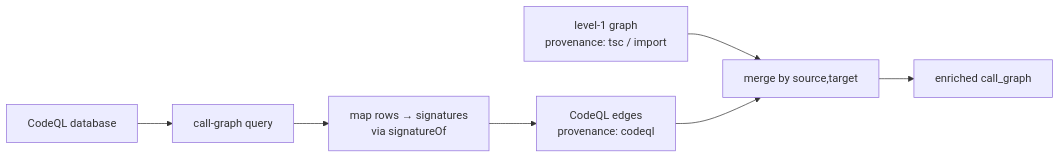
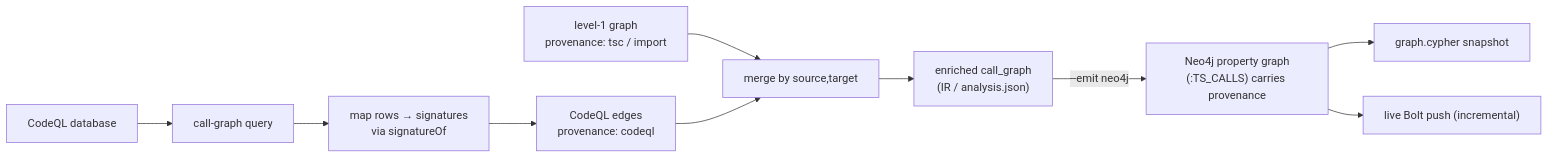
The diagram in src/content/docs/guides/level-2.mdx (codellm-devkit/codeanalyzer-typescript), drawn with Mermaid before and after one commit. The commit also changed other lines of this file and 13 other files, not shown here.

First line of the commit message:
docs: document Neo4j property-graph output (scale, Kubernetes, enterprise)

````diff
--- a/src/content/docs/guides/level-2.mdx
+++ b/src/content/docs/guides/level-2.mdx
@@ -25,12 +25,17 @@
 ```mermaid
 flowchart LR
     L1["level-1 graph
 provenance: tsc / import"] --> M[merge by source,target]
     DB["CodeQL database"] --> Q["call-graph query"]
     Q --> MAP["map rows → signatures
 via signatureOf"]
     MAP --> CE["CodeQL edges
 provenance: codeql"]
     CE --> M
-    M --> CG[enriched call_graph]
+    M --> CG["enriched call_graph
+(IR / analysis.json)"]
+    CG -->|"--emit neo4j"| PG["Neo4j property graph
+(:TS_CALLS) carries provenance"]
+    PG --> SNAP["graph.cypher snapshot"]
+    PG --> BOLT["live Bolt push (incremental)"]
 ```
````
